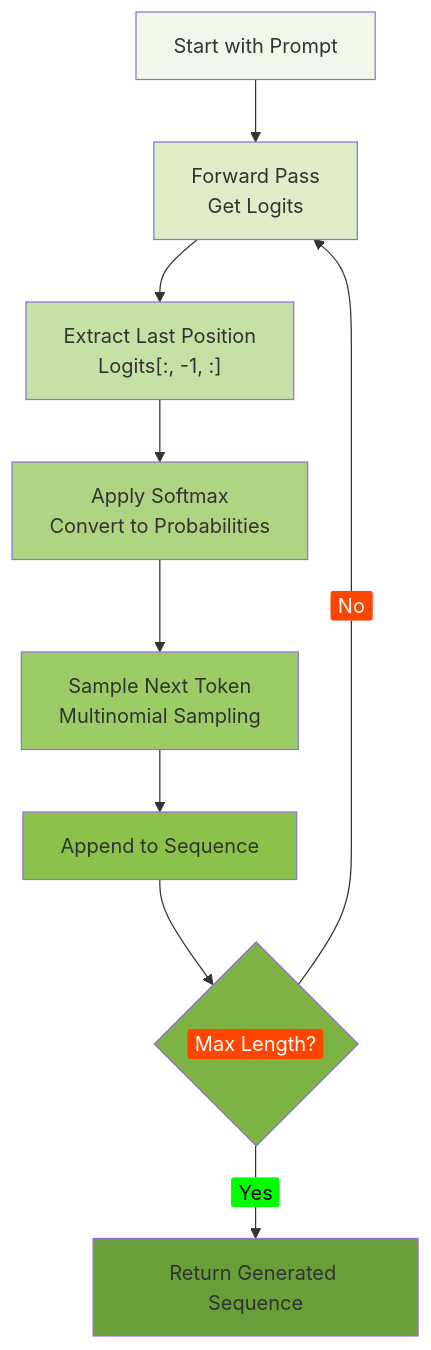
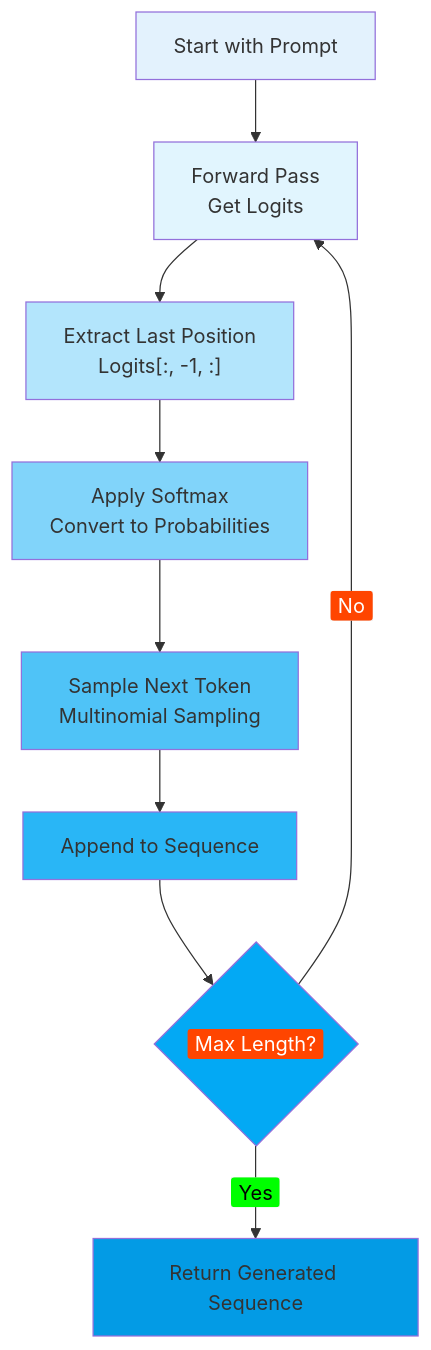
Diagram 15 of 16 in C_4.md (Chaklader/flower-image-classifier), drawn with Mermaid before and after one commit. The commit also changed other lines of this file, not shown here.

````diff
--- a/C_4.md
+++ b/C_4.md
@@ -6240,20 +6240,20 @@
 ```mermaid
 graph TD
     A["Start with Prompt"] --> B["Forward Pass<br>Get Logits"]
     B --> C["Extract Last Position<br>Logits[:, -1, :]"]
     C --> D["Apply Softmax<br>Convert to Probabilities"]
     D --> E["Sample Next Token<br>Multinomial Sampling"]
     E --> F["Append to Sequence"]
     F --> G{<span style='background-color:orangered; color:white; padding:2px 6px; border-radius:3px'>Max Length?</span>}
     G -->|<span style='background-color:orangered; color:white; padding:2px 6px; border-radius:3px'>No</span>| B
     G -->|<span style='background-color:lime; color:black; padding:2px 6px; border-radius:3px'>Yes</span>| H["Return Generated Sequence"]
 
-    style A fill:#F1F8E9
-    style B fill:#DCEDC8
-    style C fill:#C5E1A5
-    style D fill:#AED581
-    style E fill:#9CCC65
-    style F fill:#8BC34A
-    style G fill:#7CB342
-    style H fill:#689F38
+style A fill:#E3F2FD
+style B fill:#E1F5FE
+style C fill:#B3E5FC
+style D fill:#81D4FA
+style E fill:#4FC3F7
+style F fill:#29B6F6
+style G fill:#03A9F4
+style H fill:#039BE5
 ```
````
